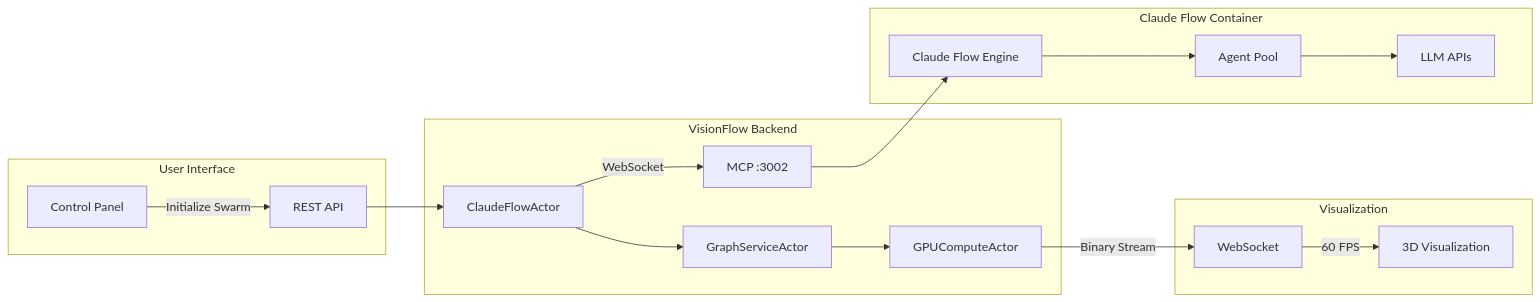
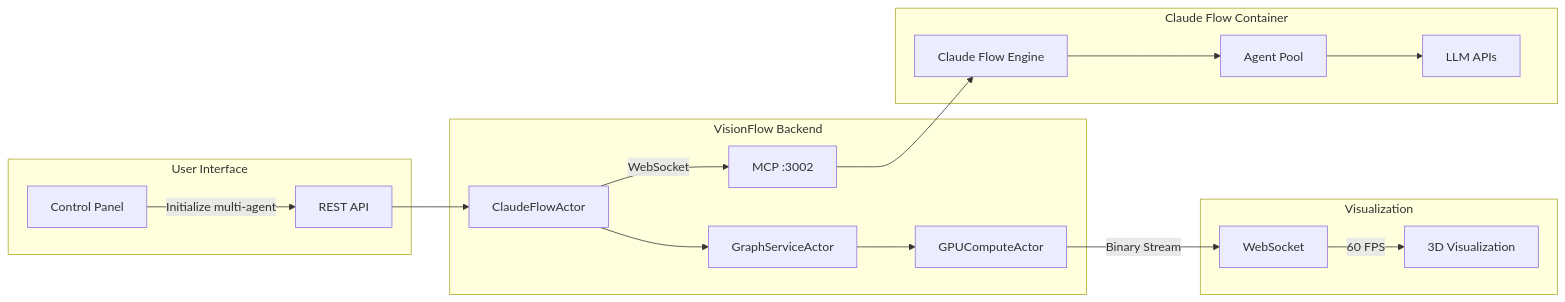
Before and after one commit to DreamLab-AI/VisionFlow: the diagram in docs/server/agent-swarm.md, drawn with Mermaid. The commit also changed other lines of this file and 62 other files, not shown here.

Commit message:
rename to multiAgent

````diff
--- a/docs/server/agent-swarm.md
+++ b/docs/server/agent-swarm.md
@@ -9,24 +9,24 @@
 ```mermaid
 graph LR
     subgraph "User Interface"
-        UI[Control Panel] --> |Initialize Swarm| API[REST API]
+        UI[Control Panel] --> |Initialize multi-agent| API[REST API]
     end
-    
+
     subgraph "VisionFlow Backend"
         API --> CFA[ClaudeFlowActor]
         CFA --> |WebSocket| MCP[MCP :3002]
         CFA --> GSA[GraphServiceActor]
         GSA --> GPU[GPUComputeActor]
     end
-    
+
     subgraph "Claude Flow Container"
         MCP --> CF[Claude Flow Engine]
         CF --> POOL[Agent Pool]
         POOL --> LLM[LLM APIs]
     end
-    
+
     subgraph "Visualization"
         GPU --> |Binary Stream| WS[WebSocket]
         WS --> |60 FPS| V3D[3D Visualization]
     end
 ```
````
